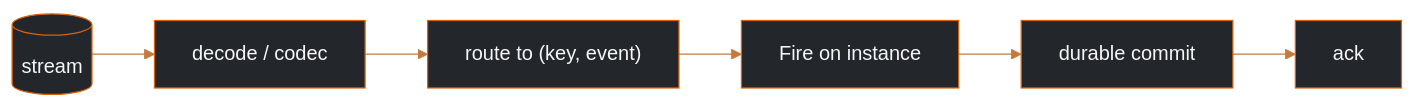
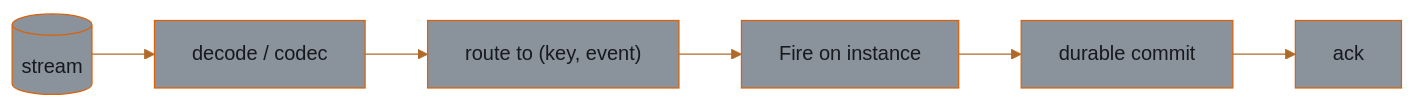
One commit to stablekernel/crucible changed the third of 4 diagrams in README.md. Above: the diagram before and after it, drawn with Mermaid. The commit also changed other lines of this file, not shown here.

Commit message:
docs: use a dual-context mermaid palette for the README diagrams

````diff
--- a/README.md
+++ b/README.md
@@ -84,5 +86,5 @@
 ```mermaid
-%%{init: {'theme':'base','themeVariables':{'darkMode':true,'background':'#16191d','primaryColor':'#23272c','primaryBorderColor':'#d9620a','primaryTextColor':'#f4f6f8','lineColor':'#c47a3d','secondaryColor':'#353b42','secondaryBorderColor':'#c47a3d','tertiaryColor':'#1b1f24','tertiaryBorderColor':'#2b3036','mainBkg':'#23272c','nodeBorder':'#d9620a','nodeTextColor':'#f4f6f8','clusterBkg':'#1b1f24','clusterBorder':'#c47a3d','titleColor':'#f6a85b','edgeLabelBackground':'#23272c','labelColor':'#f4f6f8','altBackground':'#353b42','textColor':'#f4f6f8'}}}%%
+%%{init: {'theme':'base','themeVariables':{'background':'transparent','primaryColor':'#8a929c','primaryBorderColor':'#d9620a','primaryTextColor':'#16191d','lineColor':'#b06a28','defaultLinkColor':'#b06a28','titleColor':'#b5500c','mainBkg':'#8a929c','nodeBorder':'#d9620a','nodeTextColor':'#16191d','labelColor':'#16191d','edgeLabelBackground':'#c0c7cf','altBackground':'#aab1ba','clusterBkg':'#aab1ba','clusterBorder':'#d9620a'}}}%%
 flowchart LR
     stream[(stream)] --> decode[decode / codec] --> route["route to (key, event)"] --> fire["Fire on instance"] --> commit[durable commit] --> ack[ack]
 ```
````
